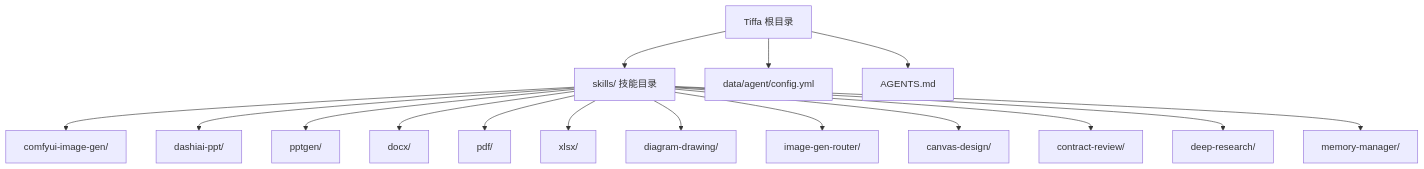
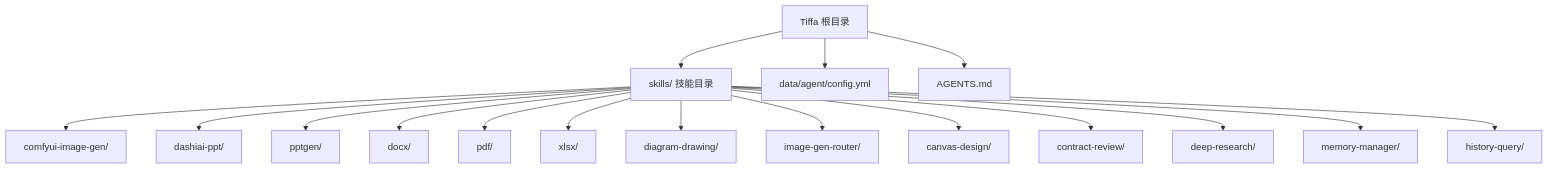
The first of 11 diagrams in .qoder/repowiki/zh/content/技能系统/技能系统.md (swond-Mao/Tiffa), drawn with Mermaid before and after one commit. The commit also changed other lines of this file and 359 other files, not shown here.

````diff
--- a/.qoder/repowiki/zh/content/技能系统/技能系统.md
+++ b/.qoder/repowiki/zh/content/技能系统/技能系统.md
@@ -40,18 +50,19 @@
 ```mermaid
 graph TB
 A["Tiffa 根目录"] --> B["skills/ 技能目录"]
 B --> C["comfyui-image-gen/"]
 B --> D["dashiai-ppt/"]
 B --> E["pptgen/"]
 B --> F["docx/"]
 B --> G["pdf/"]
 B --> H["xlsx/"]
 B --> I["diagram-drawing/"]
 B --> J["image-gen-router/"]
 B --> K["canvas-design/"]
 B --> L["contract-review/"]
 B --> M["deep-research/"]
 B --> N["memory-manager/"]
-A --> O["data/agent/config.yml"]
-A --> P["AGENTS.md"]
+B --> O["history-query/"]
+A --> P["data/agent/config.yml"]
+A --> Q["AGENTS.md"]
 ```
````
